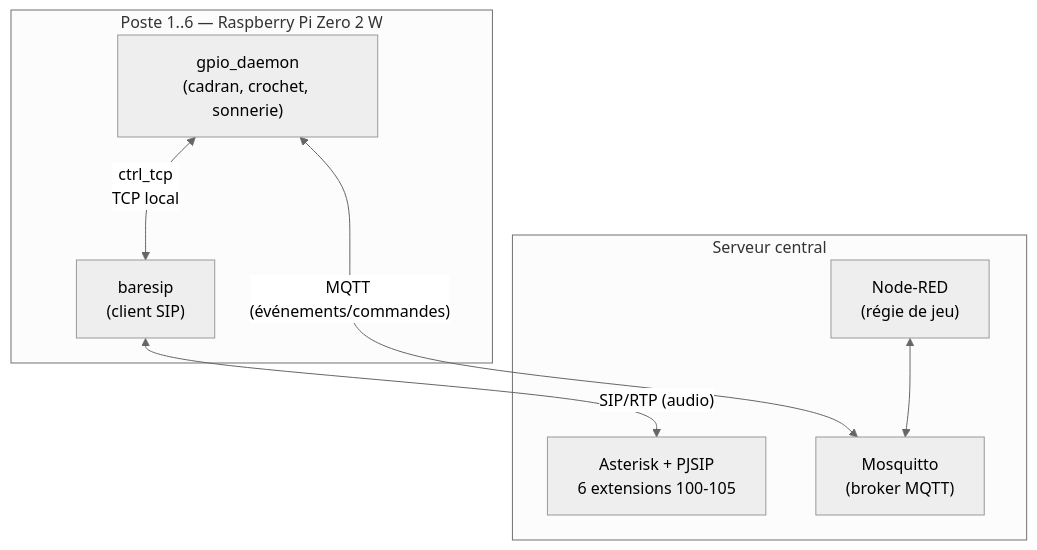
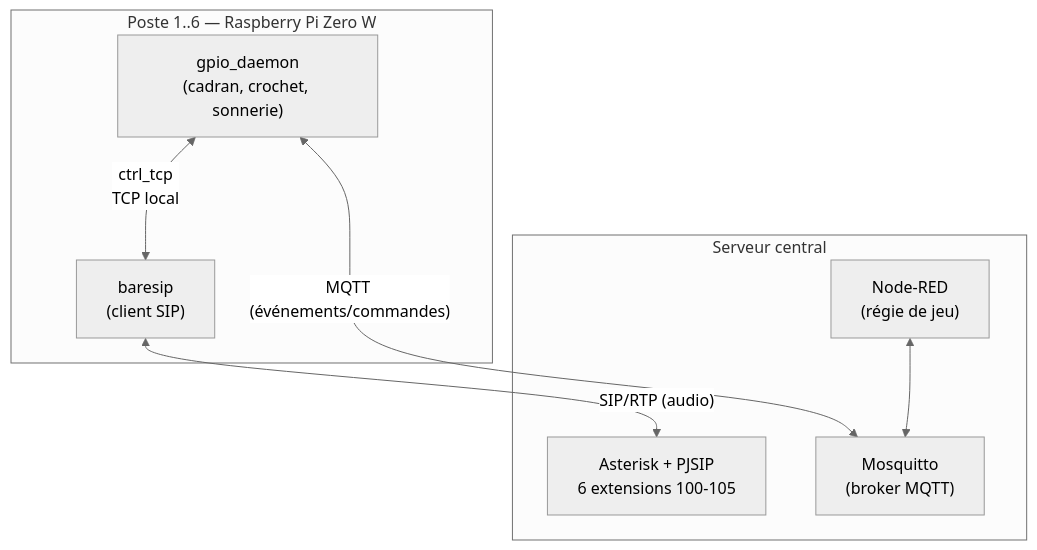
One commit to eicher31/rotary_phone changed the diagram in docs/software-architecture.md. Above: the diagram before and after it, drawn with Mermaid (neutral theme). The commit also changed other lines of this file and 5 other files, not shown here.

First line of the commit message:
Switch target board to Raspberry Pi Zero W (Zero 2 W out of stock)

````diff
--- a/docs/software-architecture.md
+++ b/docs/software-architecture.md
@@ -3,18 +3,18 @@
 ```mermaid
 flowchart TB
-    subgraph Poste1["Poste 1..6 — Raspberry Pi Zero 2 W"]
+    subgraph Poste1["Poste 1..6 — Raspberry Pi Zero W"]
         GPIO["gpio_daemon\n(cadran, crochet, sonnerie)"]
         Baresip["baresip\n(client SIP)"]
         GPIO <--> |ctrl_tcp\nTCP local| Baresip
     end
 
     subgraph Central["Serveur central"]
         Asterisk["Asterisk + PJSIP\n6 extensions 100-105"]
         Mosquitto["Mosquitto\n(broker MQTT)"]
         NodeRED["Node-RED\n(régie de jeu)"]
         NodeRED <--> Mosquitto
     end
 
     Baresip <-- SIP/RTP (audio) --> Asterisk
     GPIO <-- MQTT (événements/commandes) --> Mosquitto
 ```
````
